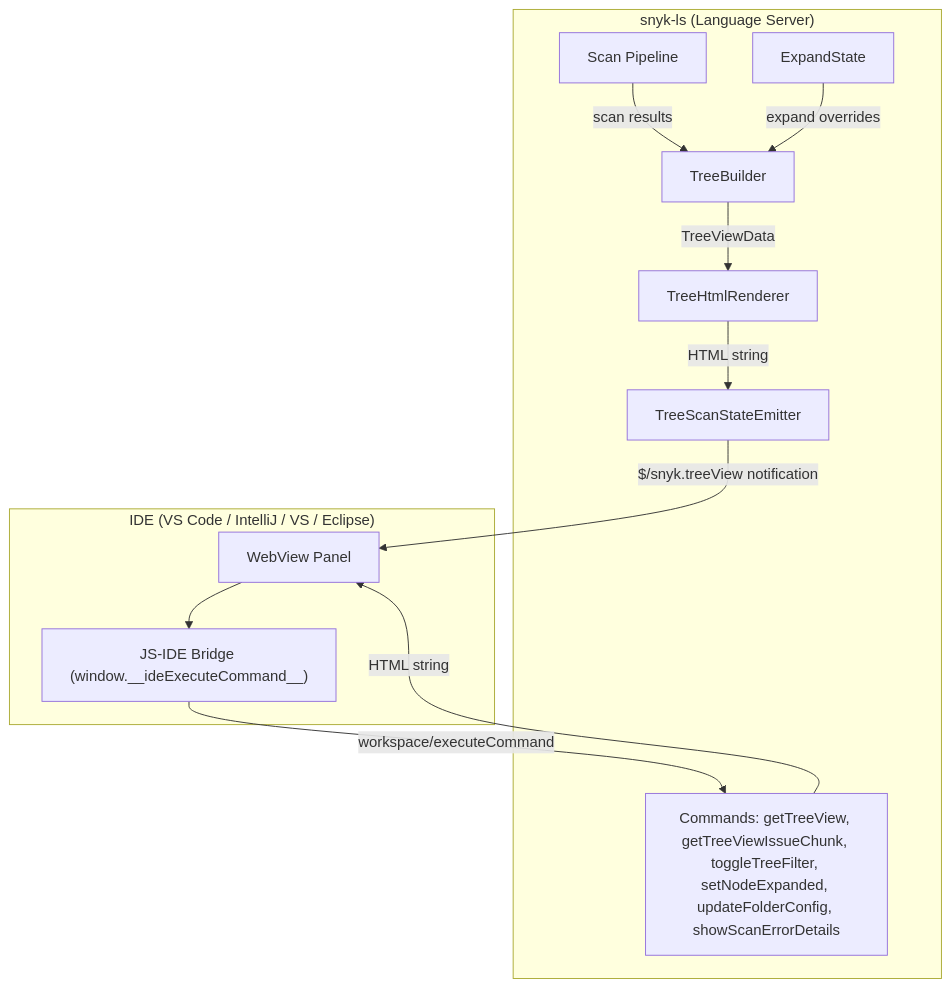
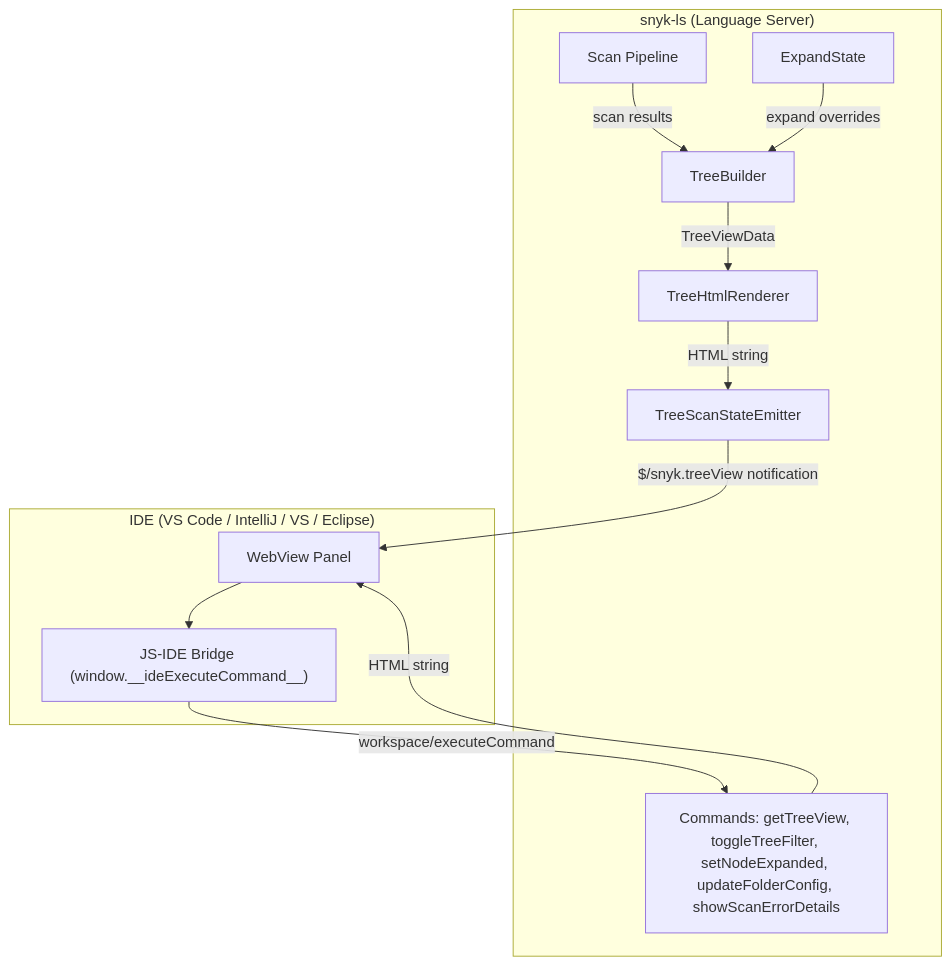
Before and after one commit to snyk/snyk-ls: the first of 4 diagrams in docs/tree-view.md, drawn with Mermaid. The commit also changed other lines of this file and 15 other files, not shown here.

````diff
--- a/docs/tree-view.md
+++ b/docs/tree-view.md
@@ -7,25 +7,25 @@
 ```mermaid
 graph TB
     subgraph LS["snyk-ls (Language Server)"]
         SC[Scan Pipeline]
         TB[TreeBuilder]
         TR[TreeHtmlRenderer]
         TE[TreeScanStateEmitter]
         ES[ExpandState]
-        CMD[Commands: getTreeView, getTreeViewIssueChunk, toggleTreeFilter, setNodeExpanded, updateFolderConfig, showScanErrorDetails]
+        CMD[Commands: getTreeView, toggleTreeFilter, setNodeExpanded, updateFolderConfig, showScanErrorDetails]
     end
 
     subgraph IDE["IDE (VS Code / IntelliJ / VS / Eclipse)"]
         WV[WebView Panel]
         BR["JS-IDE Bridge (window.__ideExecuteCommand__)"]
     end
 
     SC -->|scan results| TB
     ES -->|expand overrides| TB
     TB -->|TreeViewData| TR
     TR -->|HTML string| TE
     TE -->|"$/snyk.treeView notification"| WV
     CMD -->|HTML string| WV
     WV --> BR
     BR -->|"workspace/executeCommand"| CMD
 ```
````
